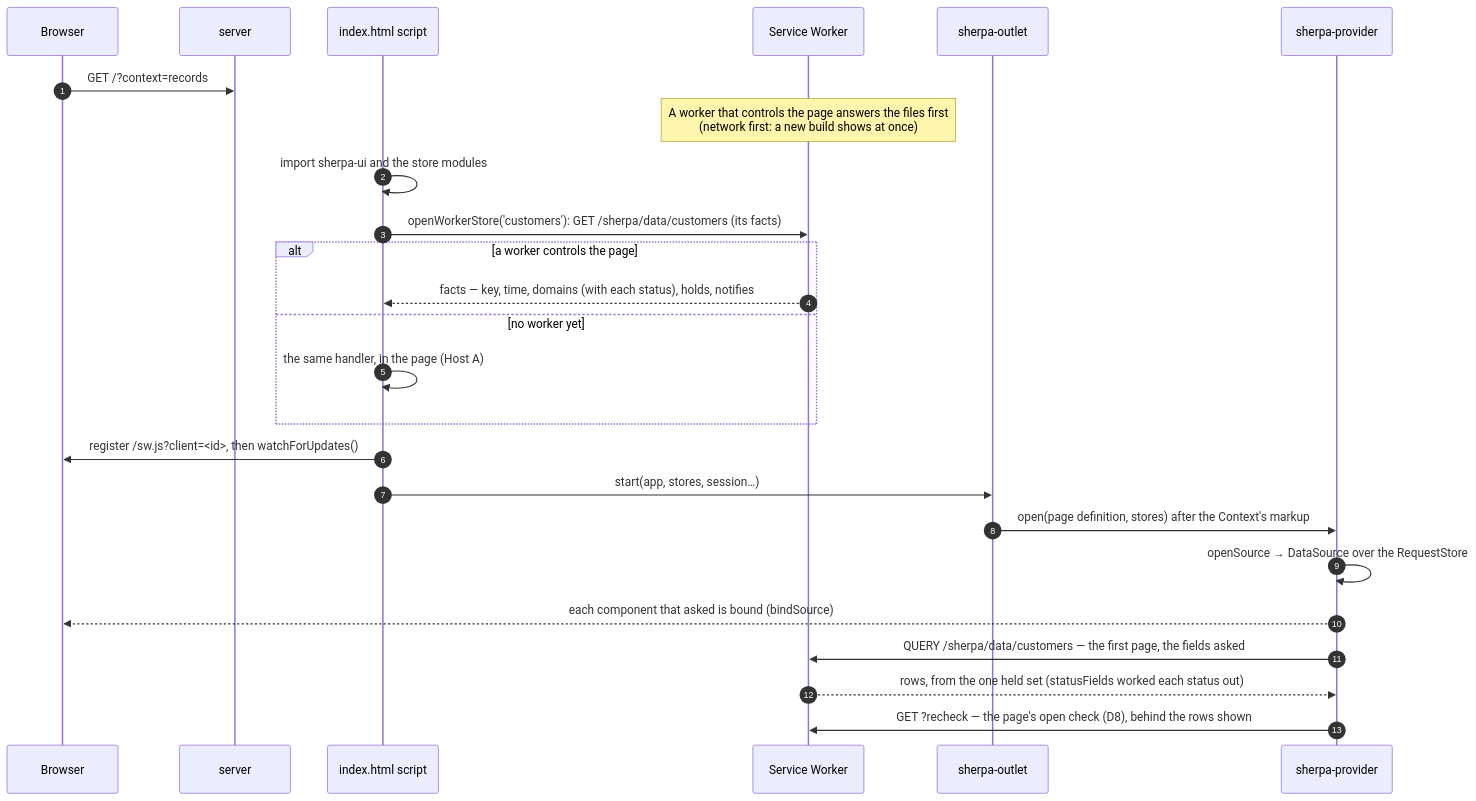
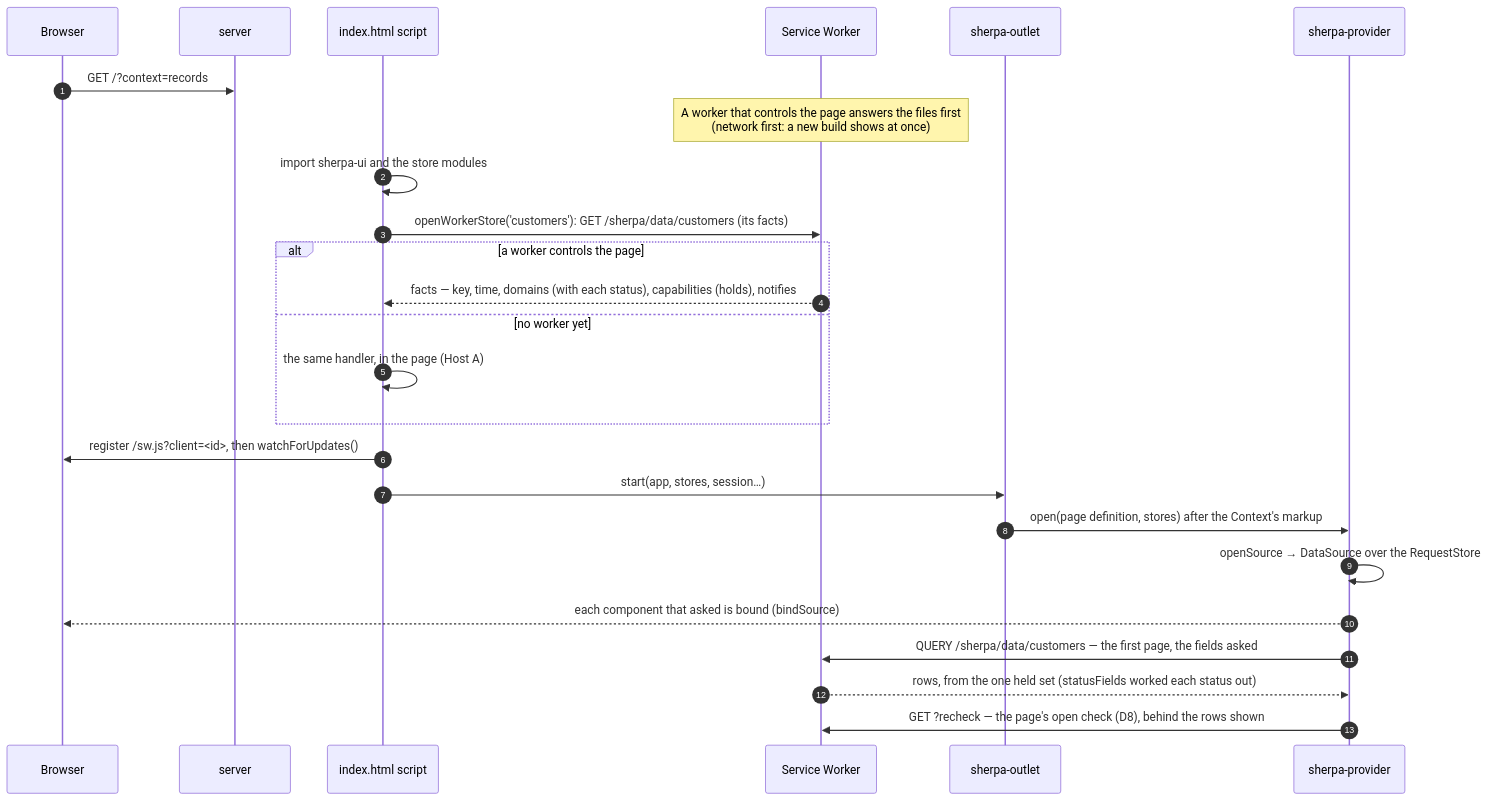
The second of 3 diagrams in docs/ARCHITECTURE.md (Mincher/sherpa-ui), drawn with Mermaid before and after one commit. The commit also changed other lines of this file and 51 other files, not shown here.

````diff
--- a/docs/ARCHITECTURE.md
+++ b/docs/ARCHITECTURE.md
@@ -91,28 +91,28 @@
 ```mermaid
 sequenceDiagram
   autonumber
   participant B as Browser
   participant S as server
   participant P as index.html script
   participant W as Service Worker
   participant O as sherpa-outlet
   participant Pr as sherpa-provider
 
   B->>S: GET /?context=records
   Note over W: A worker that controls the page answers the files first<br/>(network first: a new build shows at once)
   P->>P: import sherpa-ui and the store modules
   P->>W: openWorkerStore('customers'): GET /sherpa/data/customers (its facts)
   alt a worker controls the page
-    W-->>P: facts — key, time, domains (with each status), holds, notifies
+    W-->>P: facts — key, time, domains (with each status), capabilities (holds), notifies
   else no worker yet
     P->>P: the same handler, in the page (Host A)
   end
   P->>B: register /sw.js?client=<id>, then watchForUpdates()
   P->>O: start(app, stores, session…)
   O->>Pr: open(page definition, stores) after the Context's markup
   Pr->>Pr: openSource → DataSource over the RequestStore
   Pr-->>B: each component that asked is bound (bindSource)
   Pr->>W: QUERY /sherpa/data/customers — the first page, the fields asked
   W-->>Pr: rows, from the one held set (statusFields worked each status out)
   Pr->>W: GET ?recheck — the page's open check (D8), behind the rows shown
 ```
````
